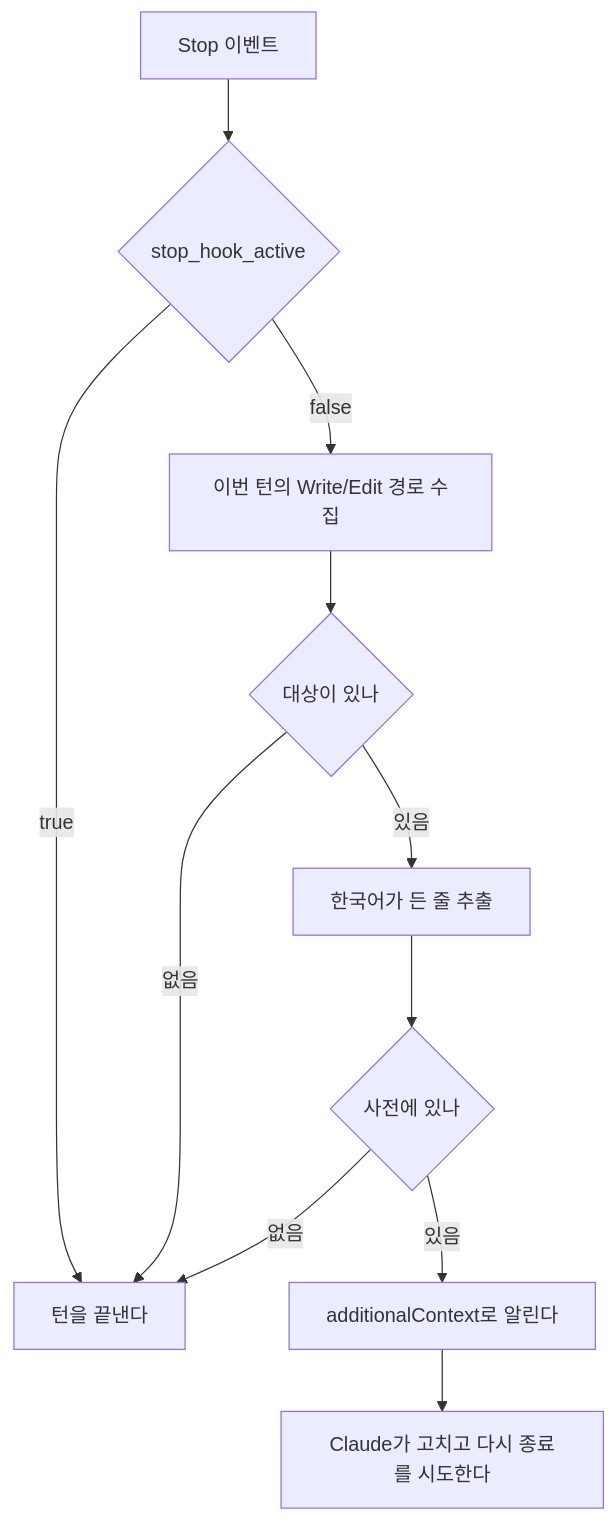
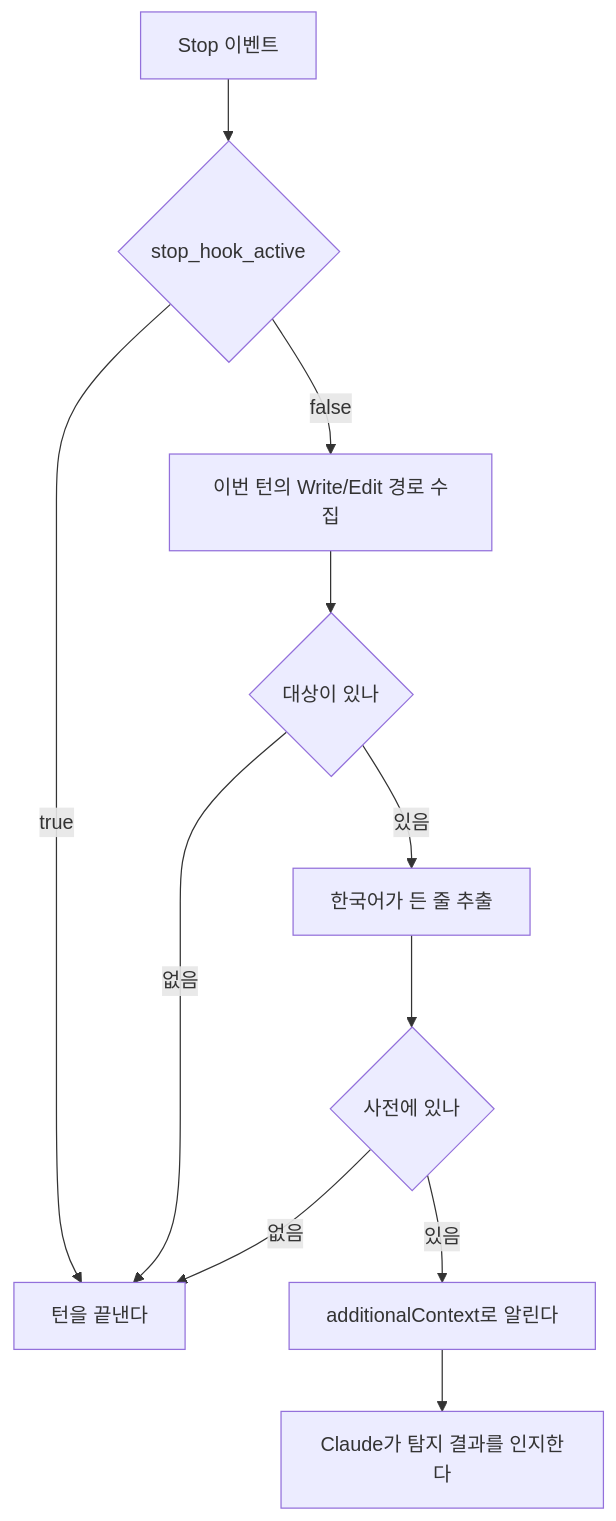
Before and after one commit to nil-park/claude-workflow-kit: the diagram in docs/architecture/ko-style.md, drawn with Mermaid.

Commit message:
Stop the diagram from promising a fix
The last node read "Claude가 고치고 다시 종료를 시도한다", which draws only
the branch where the report is acted on. Leaving a false positive alone ends
the turn just as well, so the node now stops at Claude reading the report.

````diff
--- a/docs/architecture/ko-style.md
+++ b/docs/architecture/ko-style.md
@@ -10,13 +10,13 @@
 ```mermaid
 flowchart TD
   stop["Stop 이벤트"] --> active{"stop_hook_active"}
   active -->|true| pass["턴을 끝낸다"]
   active -->|false| collect["이번 턴의 Write/Edit 경로 수집"]
   collect --> empty{"대상이 있나"}
   empty -->|없음| pass
   empty -->|있음| lines["한국어가 든 줄 추출"]
   lines --> match{"사전에 있나"}
   match -->|없음| pass
   match -->|있음| report["additionalContext로 알린다"]
-  report --> again["Claude가 고치고 다시 종료를 시도한다"]
+  report --> again["Claude가 탐지 결과를 인지한다"]
 ```
````
